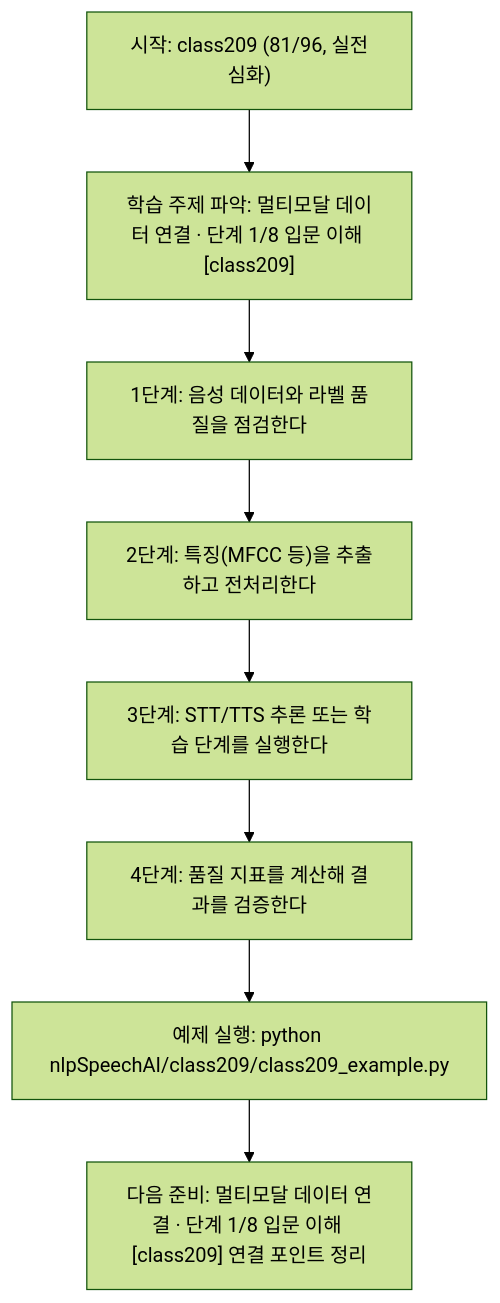
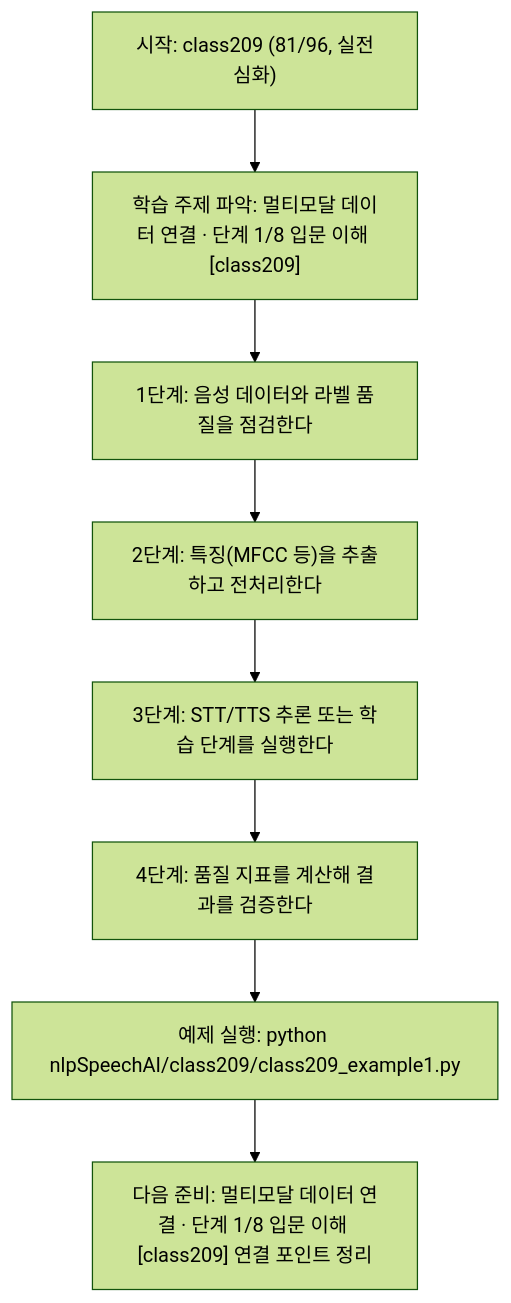
The diagram in nlpSpeechAI/class209/class209.md (edumgt/Python-AI_Agent-Class), drawn with Mermaid (forest theme) before and after one commit. The commit also changed other lines of this file and 2959 other files, not shown here.

````diff
--- a/nlpSpeechAI/class209/class209.md
+++ b/nlpSpeechAI/class209/class209.md
@@ -114,18 +114,18 @@
 ```mermaid
 flowchart TD
 N1["시작: class209 (81/96, 실전심화)"]
 N2["학습 주제 파악: 멀티모달 데이터 연결 · 단계 1/8 입문 이해 [class209]"]
 N3["1단계: 음성 데이터와 라벨 품질을 점검한다"]
 N4["2단계: 특징(MFCC 등)을 추출하고 전처리한다"]
 N5["3단계: STT/TTS 추론 또는 학습 단계를 실행한다"]
 N6["4단계: 품질 지표를 계산해 결과를 검증한다"]
-N7["예제 실행: python nlpSpeechAI/class209/class209_example.py"]
+N7["예제 실행: python nlpSpeechAI/class209/class209_example1.py"]
 N8["다음 준비: 멀티모달 데이터 연결 · 단계 1/8 입문 이해 [class209] 연결 포인트 정리"]
 N1 --> N2
 N2 --> N3
 N3 --> N4
 N4 --> N5
 N5 --> N6
 N6 --> N7
 N7 --> N8
 ```
````
